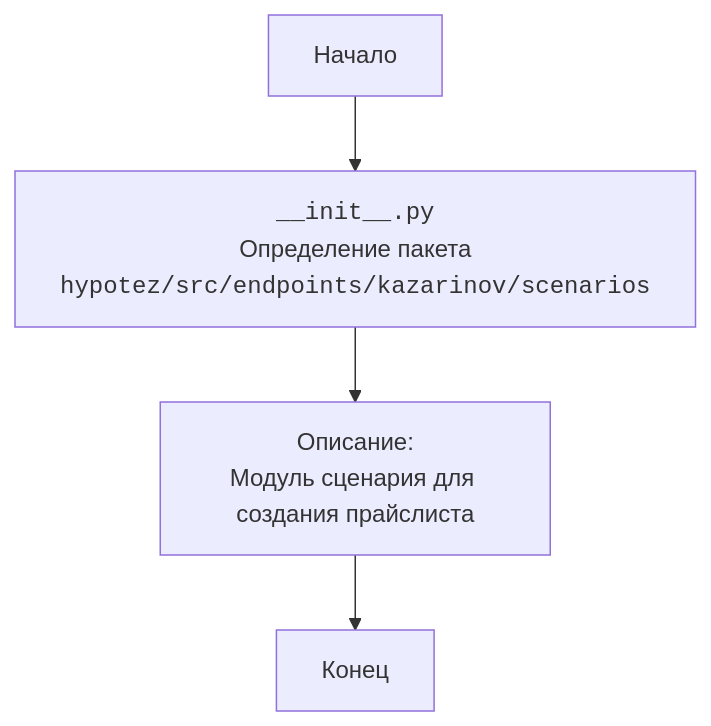
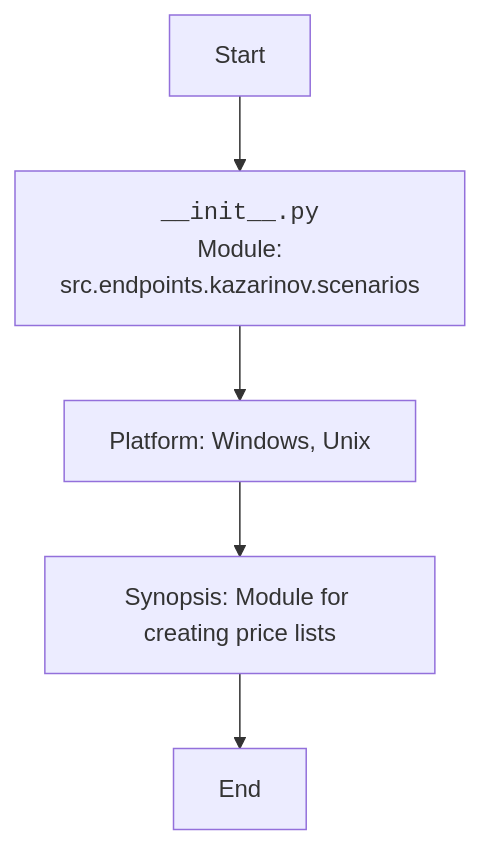
The diagram in docs/gemini/ru/explainer/src/endpoints/kazarinov/scenarios/__init__.py.md (hypo69/hypo), drawn with Mermaid before and after one commit. The commit also changed other lines of this file and 1505 other files, not shown here.

````diff
--- a/docs/gemini/ru/explainer/src/endpoints/kazarinov/scenarios/__init__.py.md
+++ b/docs/gemini/ru/explainer/src/endpoints/kazarinov/scenarios/__init__.py.md
@@ -10,7 +17,7 @@
 ```mermaid
 flowchart TD
-    Start[Начало] --> Package[<code>__init__.py</code><br>Определение пакета<br><code>hypotez/src/endpoints/kazarinov/scenarios</code>]
-    Package --> Docstring[Описание:<br>Модуль сценария для создания прайслиста]
-    Docstring --> End[Конец]
-
+    Start --> ModuleDescription[<code>__init__.py</code><br> Module: src.endpoints.kazarinov.scenarios]
+    ModuleDescription --> PlatformInfo[Platform: Windows, Unix]
+    PlatformInfo --> Synopsis[Synopsis: Module for creating price lists]
+    Synopsis --> End
 ```
````
